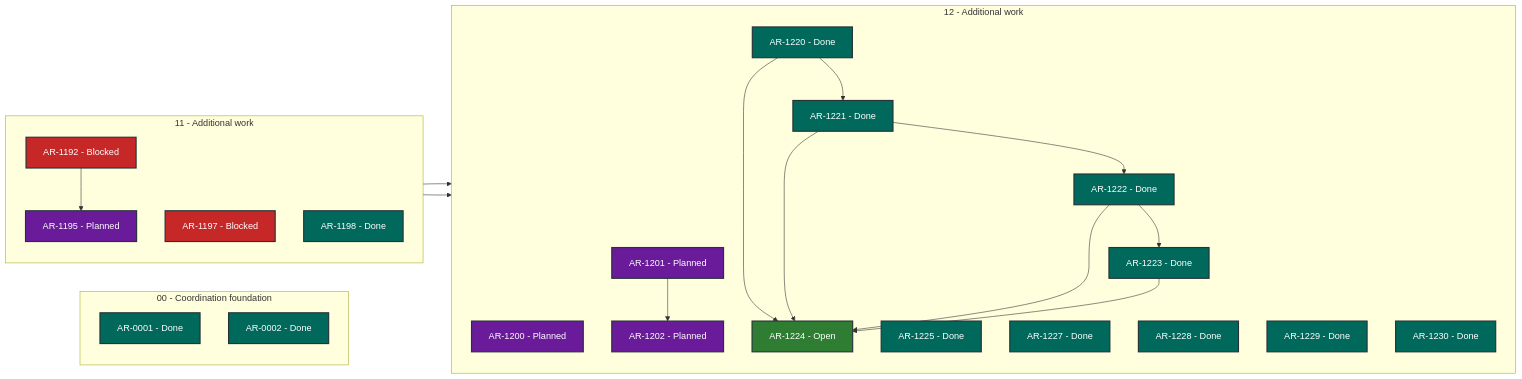
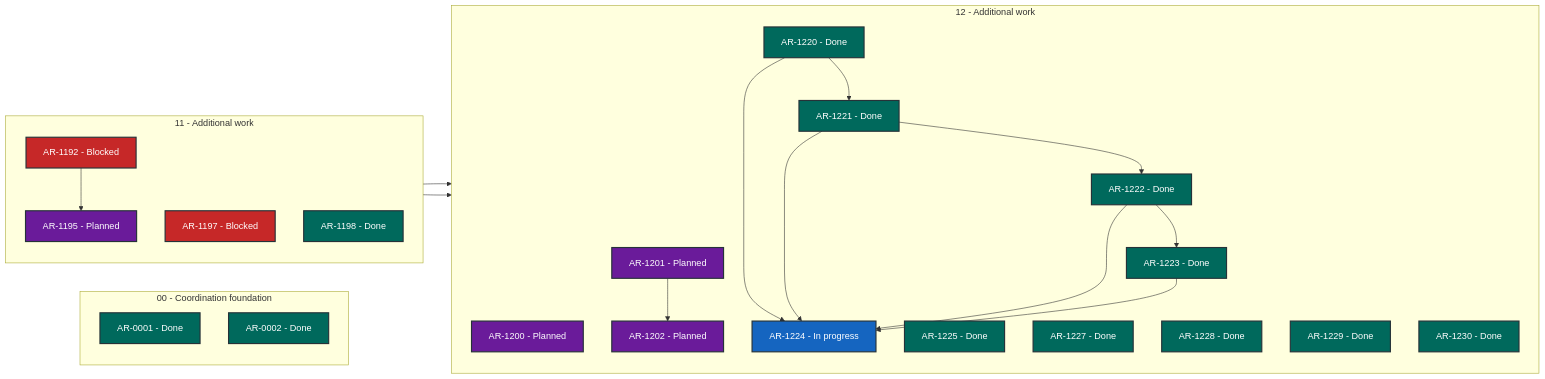
One commit to martin-beck/asb-tui-state changed the diagram in STATUS.md. Above: the diagram before and after it, drawn with Mermaid. The commit also changed other lines of this file and 2 other files, not shown here.

````diff
--- a/STATUS.md
+++ b/STATUS.md
@@ -27,50 +27,50 @@
 ```mermaid
 flowchart LR
     subgraph series_00["00 - Coordination foundation"]
         direction TB
         AR_0001["AR-0001 - Done"]:::status_done
         AR_0002["AR-0002 - Done"]:::status_done
     end
     subgraph series_11["11 - Additional work"]
         direction TB
         AR_1192["AR-1192 - Blocked"]:::status_blocked
         AR_1195["AR-1195 - Planned"]:::status_planned
         AR_1197["AR-1197 - Blocked"]:::status_blocked
         AR_1198["AR-1198 - Done"]:::status_done
     end
     subgraph series_12["12 - Additional work"]
         direction TB
         AR_1200["AR-1200 - Planned"]:::status_planned
         AR_1201["AR-1201 - Planned"]:::status_planned
         AR_1202["AR-1202 - Planned"]:::status_planned
         AR_1220["AR-1220 - Done"]:::status_done
         AR_1221["AR-1221 - Done"]:::status_done
         AR_1222["AR-1222 - Done"]:::status_done
         AR_1223["AR-1223 - Done"]:::status_done
-        AR_1224["AR-1224 - Open"]:::status_open
+        AR_1224["AR-1224 - In progress"]:::status_in_progress
         AR_1225["AR-1225 - Done"]:::status_done
         AR_1227["AR-1227 - Done"]:::status_done
         AR_1228["AR-1228 - Done"]:::status_done
         AR_1229["AR-1229 - Done"]:::status_done
         AR_1230["AR-1230 - Done"]:::status_done
     end
     AR_1192 --> AR_1195
     AR_1195 --> AR_1200
     AR_1197 --> AR_1201
     AR_1201 --> AR_1202
     AR_1220 --> AR_1221
     AR_1220 --> AR_1224
     AR_1221 --> AR_1222
     AR_1221 --> AR_1224
     AR_1222 --> AR_1223
     AR_1222 --> AR_1224
     AR_1223 --> AR_1224
     classDef status_in_progress fill:#1565c0,color:#ffffff,stroke:#263238,stroke-width:2px
     classDef status_open fill:#2e7d32,color:#ffffff,stroke:#263238,stroke-width:2px
     classDef status_blocked fill:#c62828,color:#ffffff,stroke:#263238,stroke-width:2px
     classDef status_planned fill:#6a1b9a,color:#ffffff,stroke:#263238,stroke-width:2px
     classDef status_future fill:#455a64,color:#ffffff,stroke:#263238,stroke-width:2px
     classDef status_done fill:#00695c,color:#ffffff,stroke:#263238,stroke-width:2px
     classDef status_cancelled fill:#616161,color:#ffffff,stroke:#263238,stroke-width:2px
     classDef status_superseded fill:#5d4037,color:#ffffff,stroke:#263238,stroke-width:2px
 ```
````
